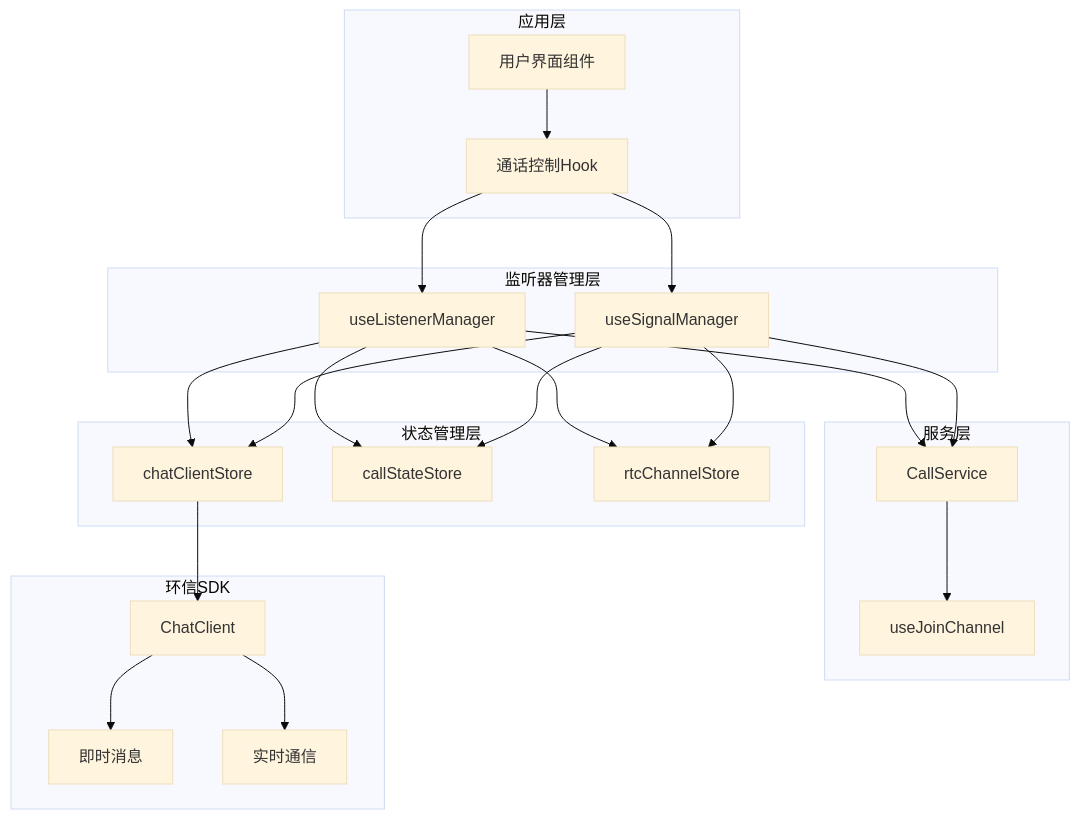
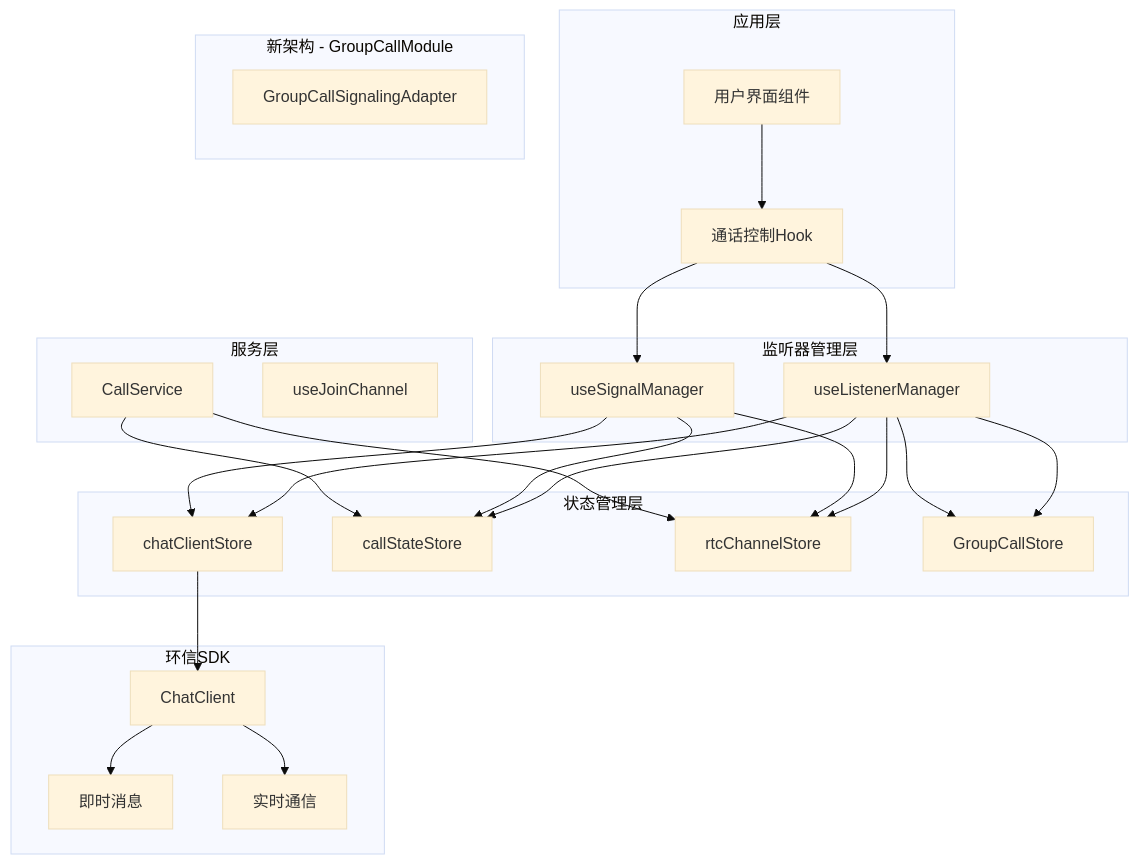
Before and after one commit to Easemob-Community/easemob-uikit-callkit-vue3: the second of 16 diagrams in .qoder/repowiki/zh/content/组合式 API/监听器管理 API.md, drawn with Mermaid (base theme). The commit also changed other lines of this file and 54 other files, not shown here.

````diff
--- a/.qoder/repowiki/zh/content/组合式 API/监听器管理 API.md
+++ b/.qoder/repowiki/zh/content/组合式 API/监听器管理 API.md
@@ -147,40 +206,46 @@
 ```mermaid
 graph TB
 subgraph "应用层"
 UI[用户界面组件]
 HC[通话控制Hook]
 end
 subgraph "监听器管理层"
 LM[useListenerManager]
 SM[useSignalManager]
 end
 subgraph "状态管理层"
 CS[chatClientStore]
 CL[callStateStore]
 RC[rtcChannelStore]
+GCS[globalCallStore]
+end
+subgraph "新架构 - GroupCallModule"
+GCS[GroupCallStore]
+GSA[GroupCallSignalingAdapter]
 end
 subgraph "服务层"
 CSvc[CallService]
 JC[useJoinChannel]
 end
 subgraph "环信SDK"
 SDK[ChatClient]
 IM[即时消息]
 RTC[实时通信]
 end
 UI --> HC
 HC --> LM
 HC --> SM
 LM --> CS
 LM --> CL
 LM --> RC
+LM --> GCS
+LM --> GCS
 SM --> CS
 SM --> CL
 SM --> RC
-LM --> CSvc
-SM --> CSvc
-CSvc --> JC
+CSvc --> CL
+CSvc --> RC
 CS --> SDK
 SDK --> IM
 SDK --> RTC
 ```
````
